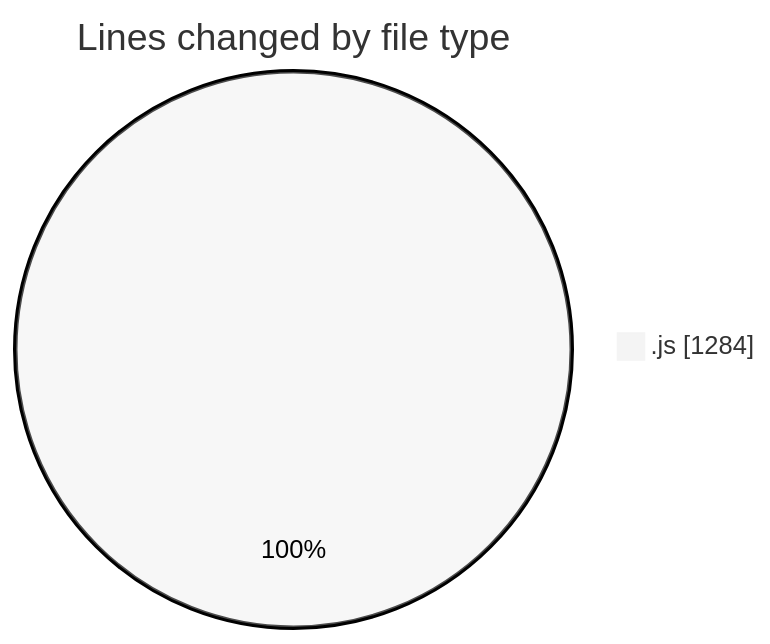
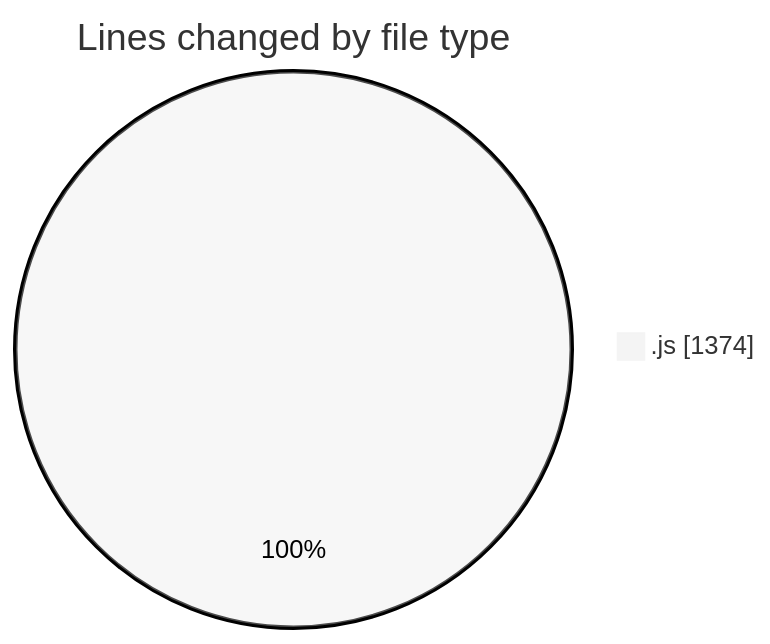
The first of 2 diagrams in 2025-05-30/nxtqube_webapp/README.md (nxtqubesakshisongat/code-tracking), drawn with Mermaid (neutral theme) before and after one commit. The commit also changed other lines of this file and 1 other file, not shown here.

````diff
--- a/2025-05-30/nxtqube_webapp/README.md
+++ b/2025-05-30/nxtqube_webapp/README.md
@@ -24,5 +24,5 @@
 ```mermaid
 pie showData
 title Lines changed by file type
-".js" : 1284
+".js" : 1374
 ```
````
